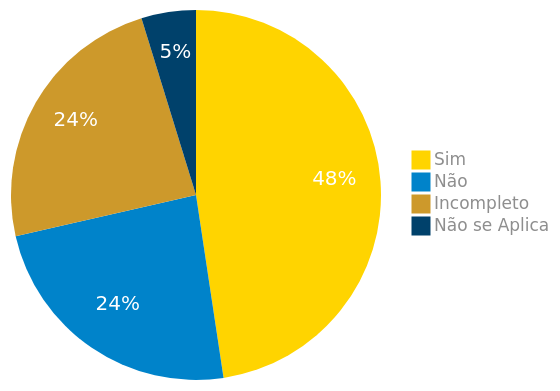
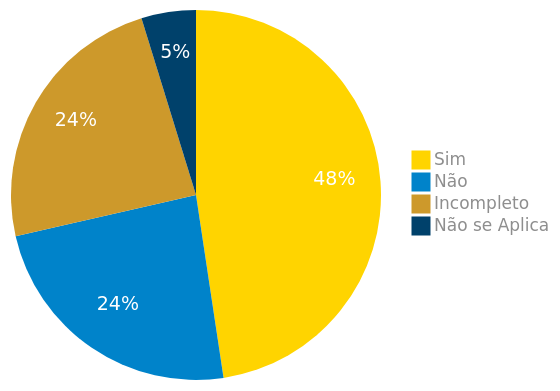
The diagram in docs/verificacao_01/grupo/template.md (claudiohsc/2024.1-Correios), drawn with Mermaid before and after one commit.

````diff
--- a/docs/verificacao_01/grupo/template.md
+++ b/docs/verificacao_01/grupo/template.md
@@ -59,24 +59,24 @@
 ``` mermaid
 %%{
   init: {
     'theme': 'base',
     'themeVariables': {
         'primaryColor': '#FFD400',
         'secondaryColor': '#0083CA',
         'tertiaryColor': '#CD992B',
         'pie4': '#00416B',
         'primaryTextColor': '#8e8e8e',
         'pieStrokeWidth': '0px',
         'pieOuterStrokeWidth': '0px',
         'pieOpacity': '1',
         'pieSectionTextColor': '#fff',
-        'pieSectionTextSize': '20px'
+        'pieSectionTextSize': '19px'
     }
   }
 }%%
 pie
     "Sim" : 10
     "Não" : 5
     "Incompleto" : 5
     "Não se Aplica" : 1
 ```
````
